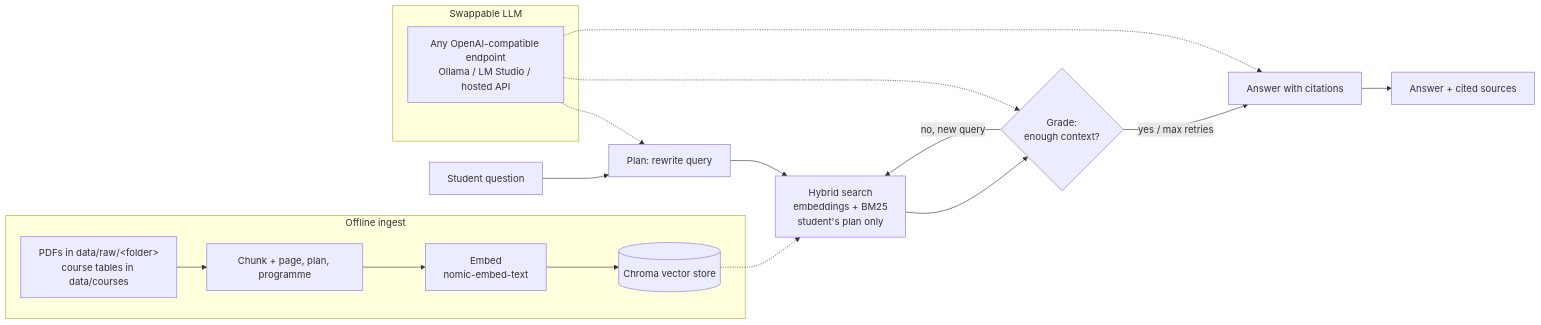
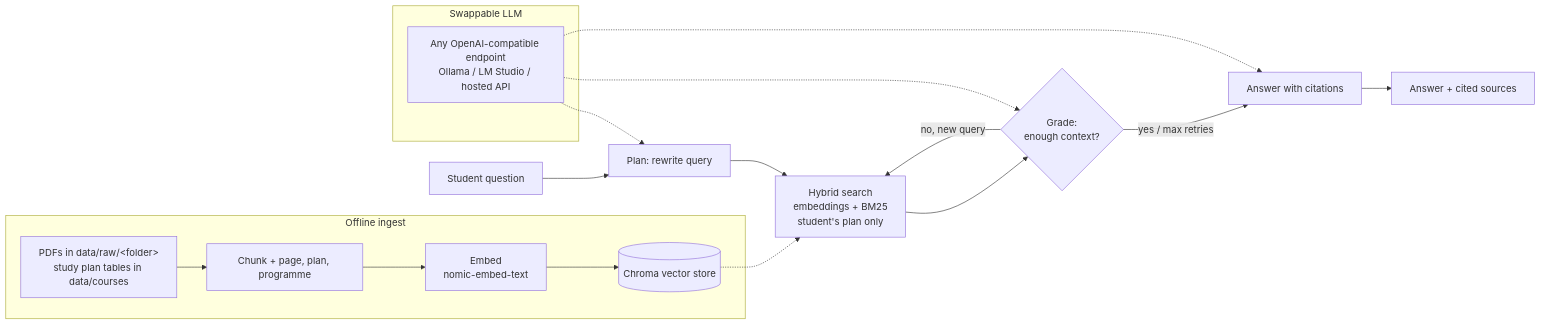
One commit to hrithikhwn/iium-course-assistant changed the diagram in README.md. Above: the diagram before and after it, drawn with Mermaid. The commit also changed other lines of this file and 10 other files, not shown here.

````diff
--- a/README.md
+++ b/README.md
@@ -20,21 +20,21 @@
 ```mermaid
 flowchart LR
     Q[Student question] --> P[Plan: rewrite query]
     P --> R[Hybrid search<br/>embeddings + BM25<br/>student's plan only]
     R --> G{Grade:<br/>enough context?}
     G -- no, new query --> R
     G -- yes / max retries --> A[Answer with citations]
     A --> OUT[Answer + cited sources]
 
     subgraph Ingest [Offline ingest]
-        D[PDFs in data/raw/&lt;folder&gt;<br/>course tables in data/courses] --> C[Chunk + page, plan, programme]
+        D[PDFs in data/raw/&lt;folder&gt;<br/>study plan tables in data/courses] --> C[Chunk + page, plan, programme]
         C --> E[Embed<br/>nomic-embed-text]
         E --> V[(Chroma vector store)]
     end
     V -.-> R
 
     subgraph Model [Swappable LLM]
         L[Any OpenAI-compatible endpoint<br/>Ollama / LM Studio / hosted API]
     end
     L -.-> P & G & A
 ```
````
